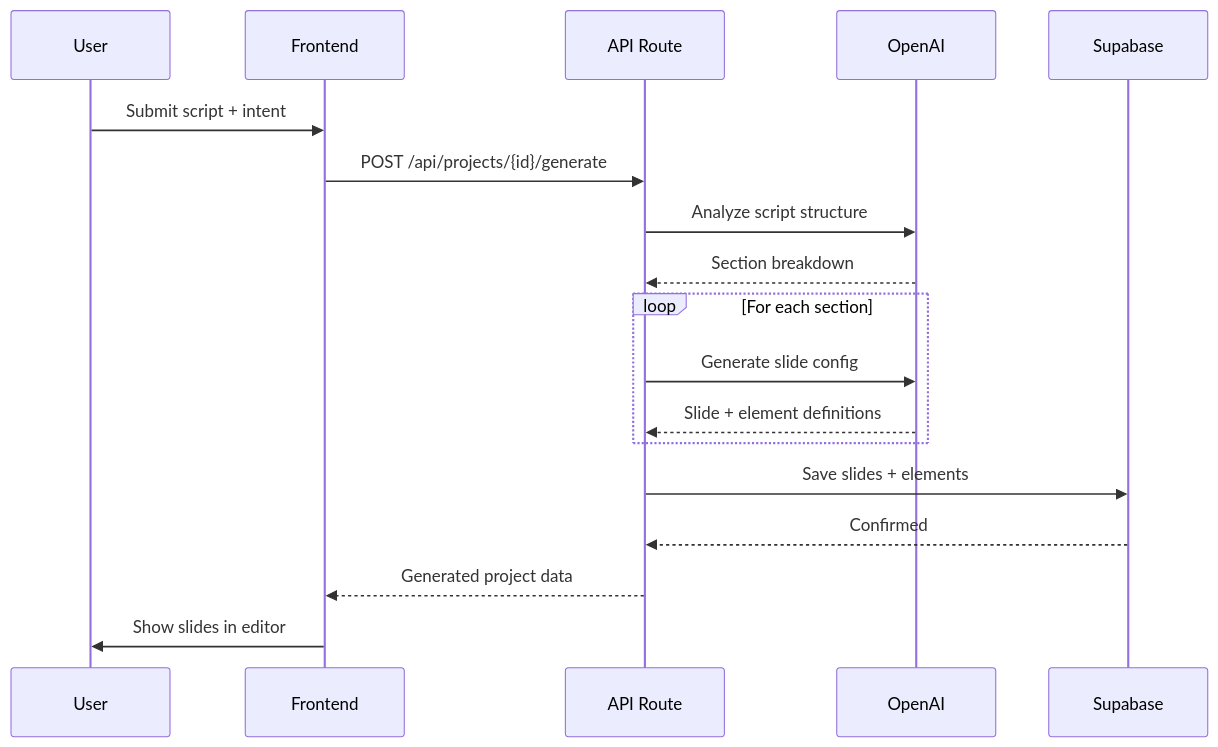
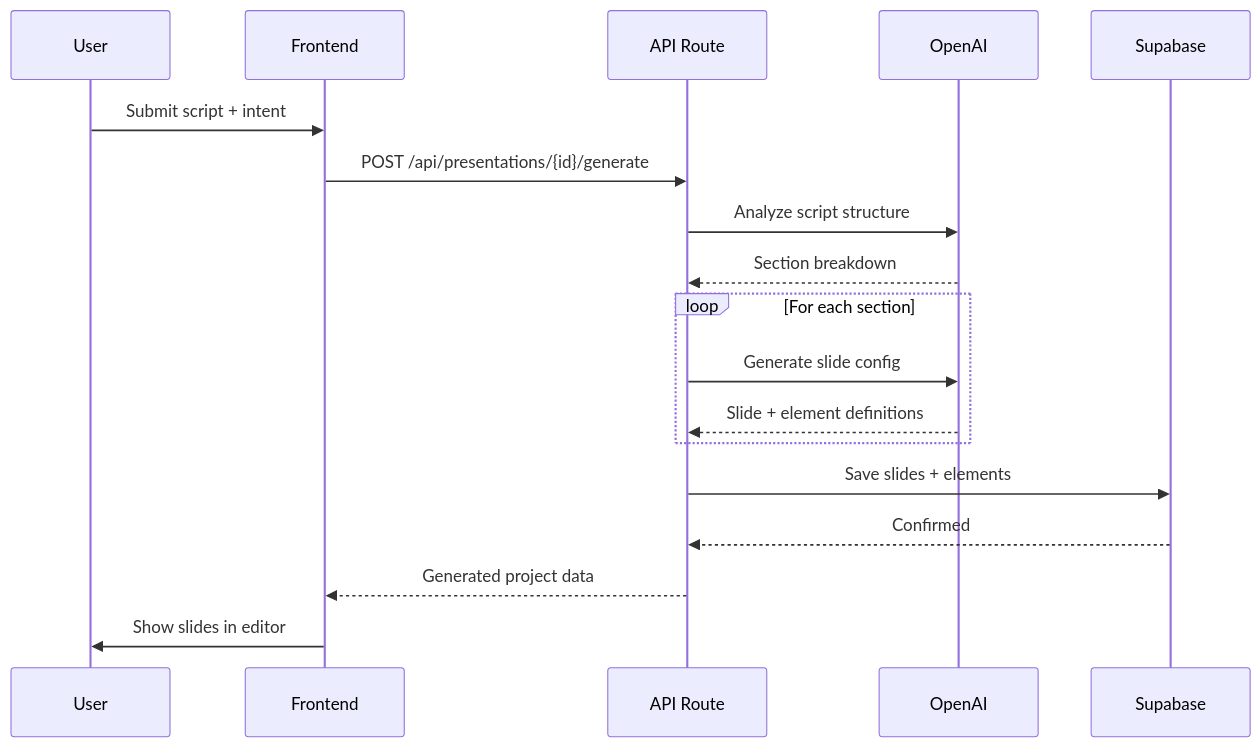
Before and after one commit to EvgenyEMK/visual-story: the fifth of 8 diagrams in docs/technical-architecture/overview.md, drawn with Mermaid. The commit also changed other lines of this file and 148 other files, not shown here.

First line of the commit message:
feat: rename projects to presentations, unified bottom panel, smart list editor

````diff
--- a/docs/technical-architecture/overview.md
+++ b/docs/technical-architecture/overview.md
@@ -351,23 +351,23 @@
 ```mermaid
 sequenceDiagram
     participant U as User
     participant FE as Frontend
     participant API as API Route
     participant AI as OpenAI
     participant DB as Supabase
     
     U->>FE: Submit script + intent
-    FE->>API: POST /api/projects/{id}/generate
+    FE->>API: POST /api/presentations/{id}/generate
     API->>AI: Analyze script structure
     AI-->>API: Section breakdown
     
     loop For each section
         API->>AI: Generate slide config
         AI-->>API: Slide + element definitions
     end
     
     API->>DB: Save slides + elements
     DB-->>API: Confirmed
     API-->>FE: Generated project data
     FE->>U: Show slides in editor
 ```
````
